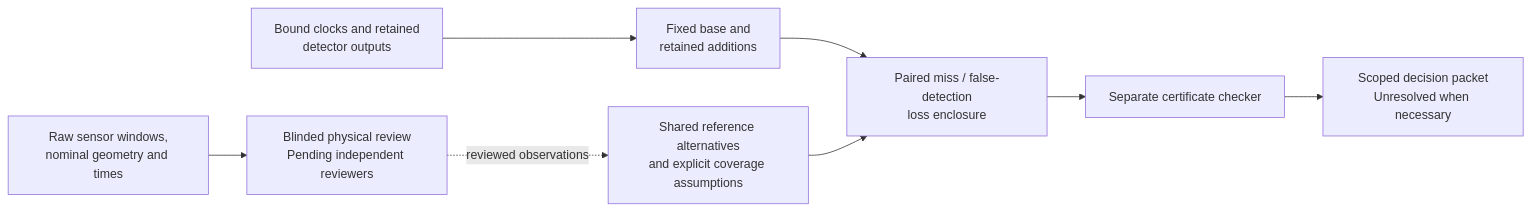
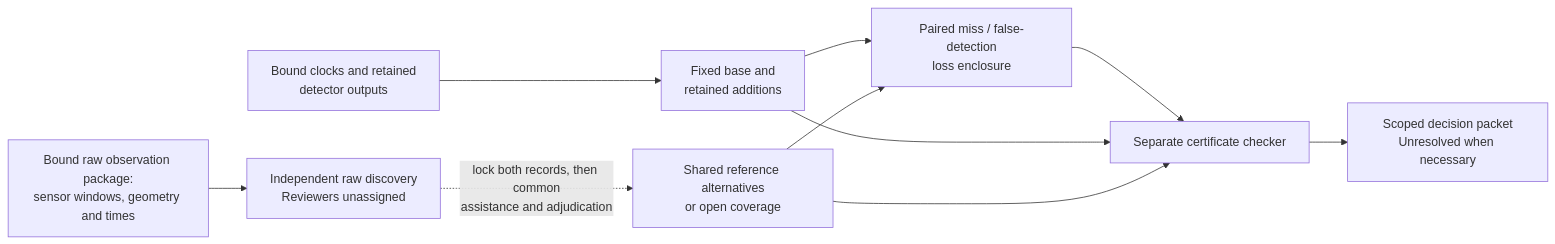
The fifth of 6 diagrams in README.md (manfromnowhere143/reiyah), drawn with Mermaid before and after one commit. The commit also changed other lines of this file and 8 other files, not shown here.

````diff
--- a/README.md
+++ b/README.md
@@ -161,10 +168,12 @@
 ```mermaid
 flowchart LR
   S["Bound clocks and retained<br/>detector outputs"] --> N["Fixed base and<br/>retained additions"]
-  R["Raw sensor windows,<br/>nominal geometry and times"] --> H["Blinded physical review<br/>Pending independent reviewers"]
-  H -. "reviewed observations" .-> W["Shared reference alternatives<br/>and explicit coverage assumptions"]
+  R["Bound raw observation package:<br/>sensor windows, geometry and times"] --> H["Independent raw discovery<br/>Reviewers unassigned"]
+  H -. "lock both records, then common<br/>assistance and adjudication" .-> W["Shared reference alternatives<br/>or open coverage"]
   N --> K["Paired miss / false-detection<br/>loss enclosure"]
   W --> K
   K --> V["Separate certificate checker"]
+  N --> V
+  W --> V
   V --> P["Scoped decision packet<br/>Unresolved when necessary"]
 ```
````
